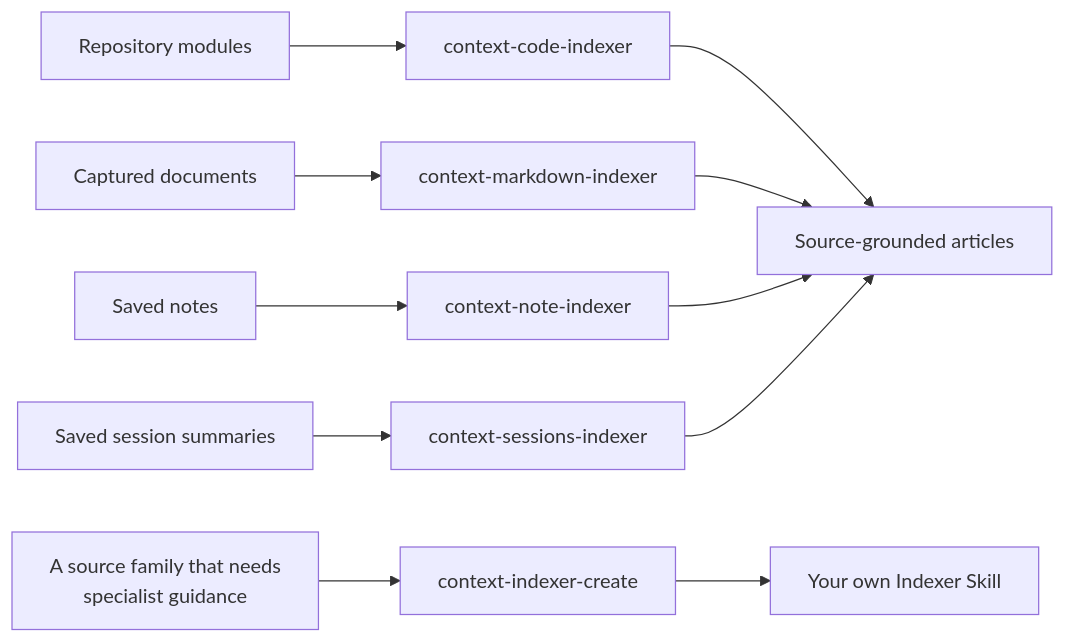
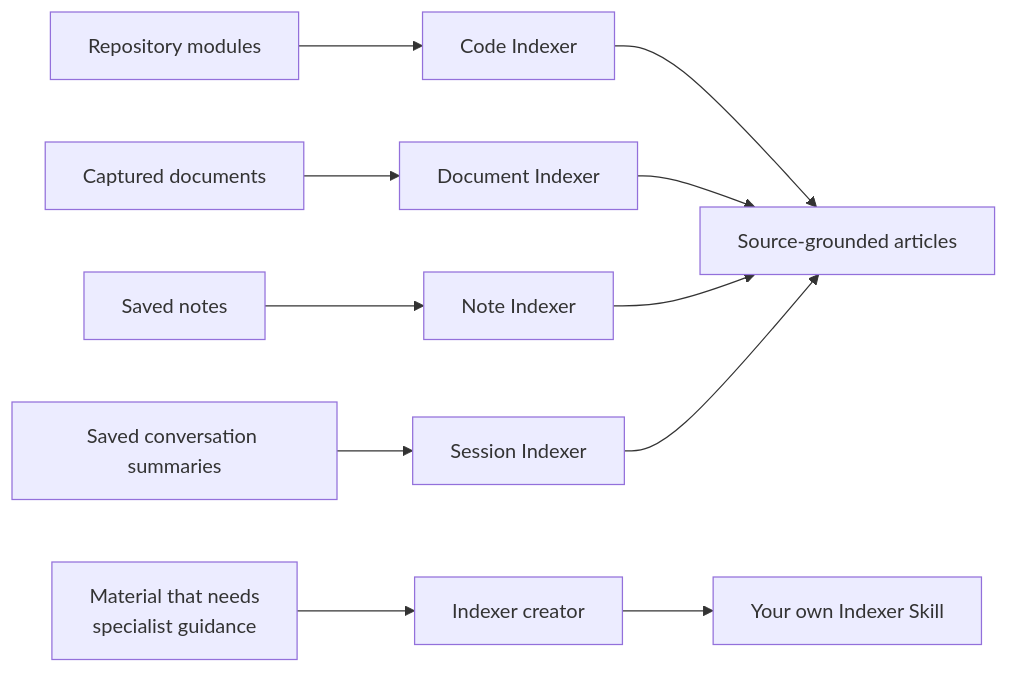
The diagram in knowledge/sop/custom-indexers/community-indexers.md (context4ai/portal), drawn with Mermaid before and after one commit. The commit also changed other lines of this file and 129 other files, not shown here.

````diff
--- a/knowledge/sop/custom-indexers/community-indexers.md
+++ b/knowledge/sop/custom-indexers/community-indexers.md
@@ -16,13 +16,13 @@
 ```mermaid
 flowchart LR
-  repo["Repository modules"] --> code["context-code-indexer"]
-  docs["Captured documents"] --> md["context-markdown-indexer"]
-  notes["Saved notes"] --> note["context-note-indexer"]
-  sess["Saved session summaries"] --> ses["context-sessions-indexer"]
+  repo["Repository modules"] --> code["Code Indexer"]
+  docs["Captured documents"] --> md["Document Indexer"]
+  notes["Saved notes"] --> note["Note Indexer"]
+  sess["Saved conversation summaries"] --> ses["Session Indexer"]
   code --> art["Source-grounded articles"]
   md --> art
   note --> art
   ses --> art
-  family["A source family that needs<br/>specialist guidance"] --> create["context-indexer-create"]
+  family["Material that needs<br/>specialist guidance"] --> create["Indexer creator"]
   create --> own["Your own Indexer Skill"]
 ```
````
